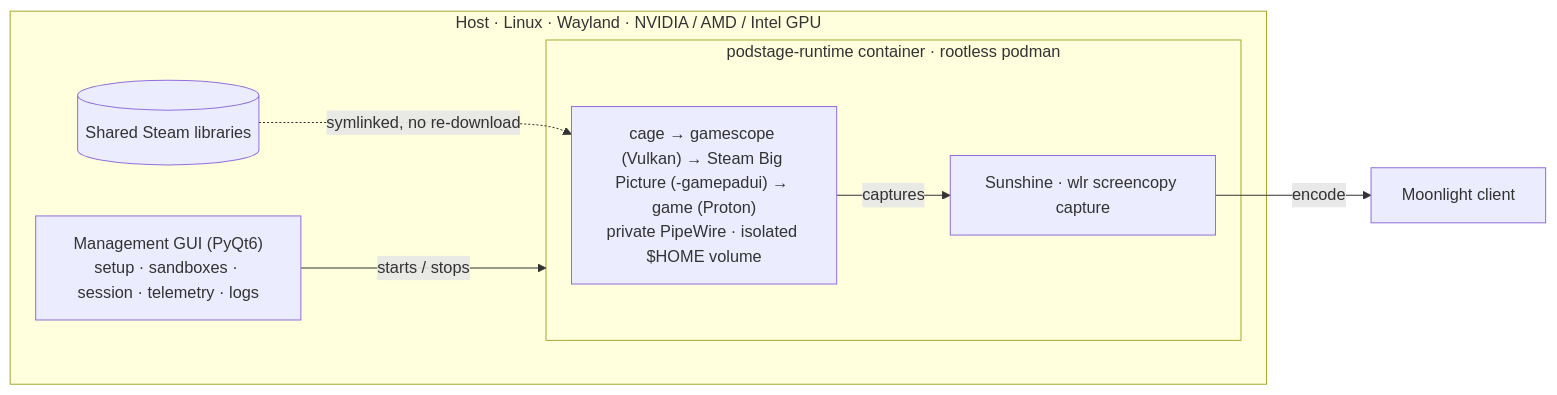
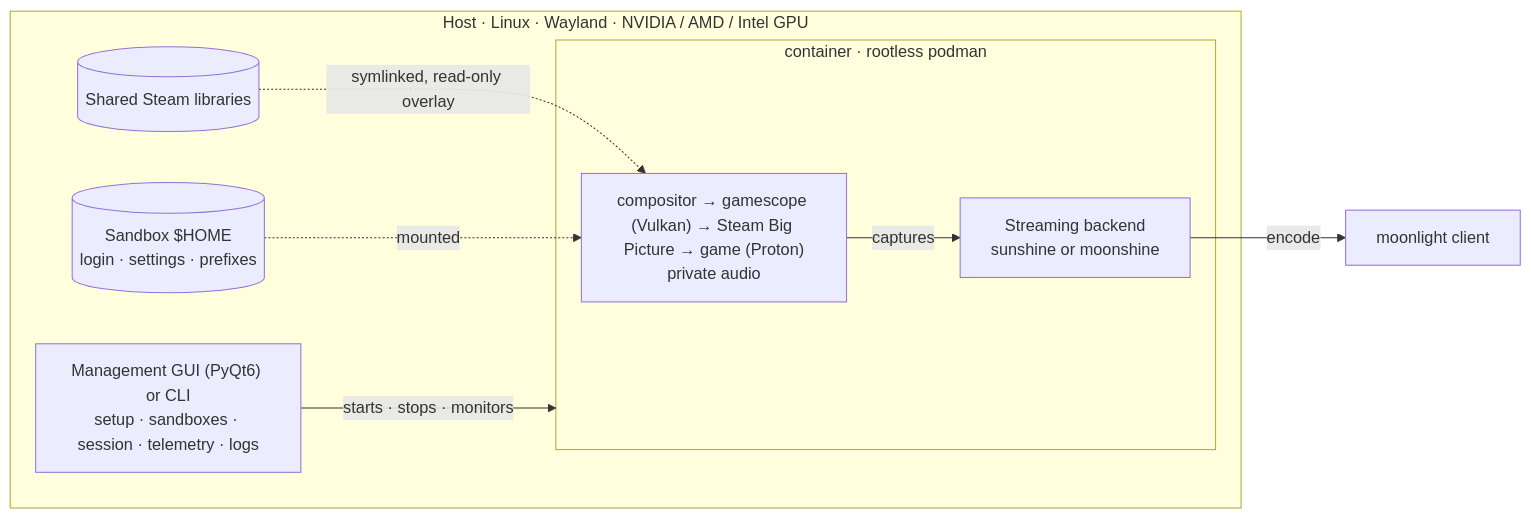
Before and after one commit to slooock-dev/podstage: the first of 2 diagrams in README.md, drawn with Mermaid. The commit also changed other lines of this file and 60 other files, not shown here.

First line of the commit message:
v0.3.0: moonshine backend, streamed login, frame pacing (#7)

````diff
--- a/README.md
+++ b/README.md
@@ -145,15 +70,17 @@
 ```mermaid
 flowchart LR
     subgraph host["Host · Linux · Wayland · NVIDIA / AMD / Intel GPU"]
-        gui["Management GUI (PyQt6)<br/>setup · sandboxes · session · telemetry · logs"]
+        gui["Management GUI (PyQt6) or CLI<br/>setup · sandboxes · session · telemetry · logs"]
         libs[("Shared Steam libraries")]
-        subgraph container["podstage-runtime container · rootless podman"]
-            pipeline["cage → gamescope (Vulkan) → Steam Big Picture (-gamepadui) → game (Proton)<br/>private PipeWire · isolated $HOME volume"]
-            sunshine["Sunshine · wlr screencopy capture"]
-            pipeline -->|captures| sunshine
+        home[("Sandbox $HOME<br/>login · settings · prefixes")]
+        subgraph container["container · rootless podman"]
+            pipeline["compositor → gamescope (Vulkan) → Steam Big Picture → game (Proton)<br/>private audio"]
+            backend["Streaming backend<br/>sunshine or moonshine"]
+            pipeline -->|captures| backend
         end
-        gui -->|starts / stops| container
-        libs -.->|symlinked, no re-download| pipeline
+        gui -->|starts · stops · monitors| container
+        libs -.->|symlinked, read-only overlay| pipeline
+        home -.->|mounted| pipeline
     end
-    sunshine -->|encode| moonlight["Moonlight client"]
+    backend -->|encode| moonlight["moonlight client"]
 ```
````
